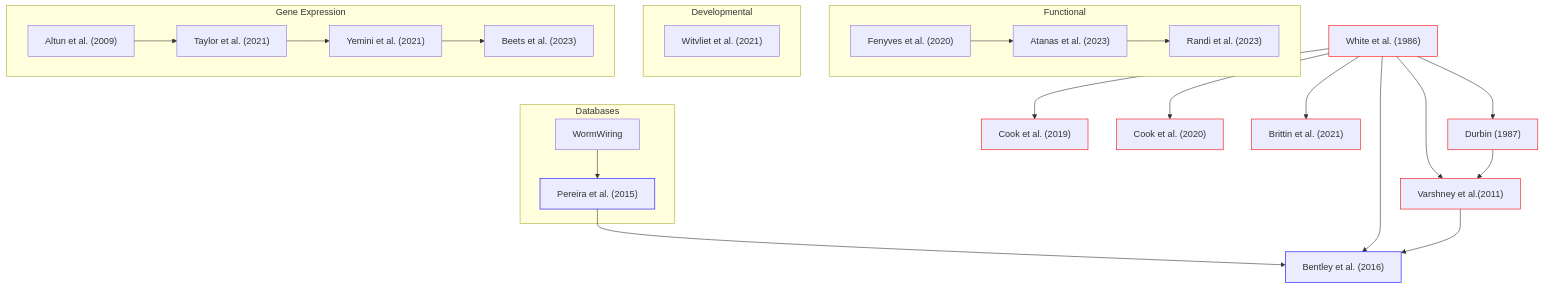
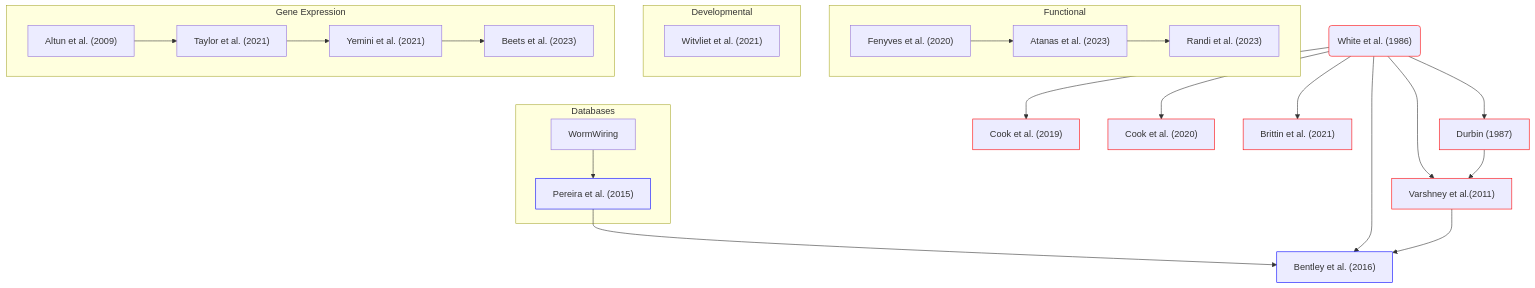
The diagram in README.md (yasinthanvickneswaran/mermaidtest), drawn with Mermaid before and after one commit.

````diff
--- a/README.md
+++ b/README.md
@@ -1,32 +1,32 @@
 ```mermaid
 flowchart TD
     classDef anat stroke:#f00
     classDef gene stroke:#0f0
     classDef es stroke:#00f
 
     subgraph Functional
     H["Fenyves et al. (2020)"] --> O["Atanas et al. (2023)"]
     O --> P["Randi et al. (2023)"]
     end
     subgraph Developmental
     K["Witvliet et al. (2021)"]
     end
     E["Pereira et al. (2015)"]:::es --> F["Bentley et al. (2016)"]:::es
     subgraph Gene Expression
     C["Altun et al. (2009)"] --> L["Taylor et al. (2021)"]
     L --> M["Yemini et al. (2021)"]
     M --> N["Beets et al. (2023)"]
     end
-    A["White et al. (1986)"]:::anat --> B["Durbin (1987)"]:::anat
+    A("White et al. (1986)"):::anat --> B["Durbin (1987)"]:::anat
     classDef anatomical fill:#f93
     A --> D["Varshney et al.(2011)"]:::anat
     B --> D
     A --> G["Cook et al. (2019)"]:::anat
     A --> I["Cook et al. (2020)"]:::anat
     A --> J["Brittin et al. (2021)"]:::anat
     A --> F
     D --> F
     subgraph Databases
     DB1["WormWiring"] --> E
     end
 ```
````
